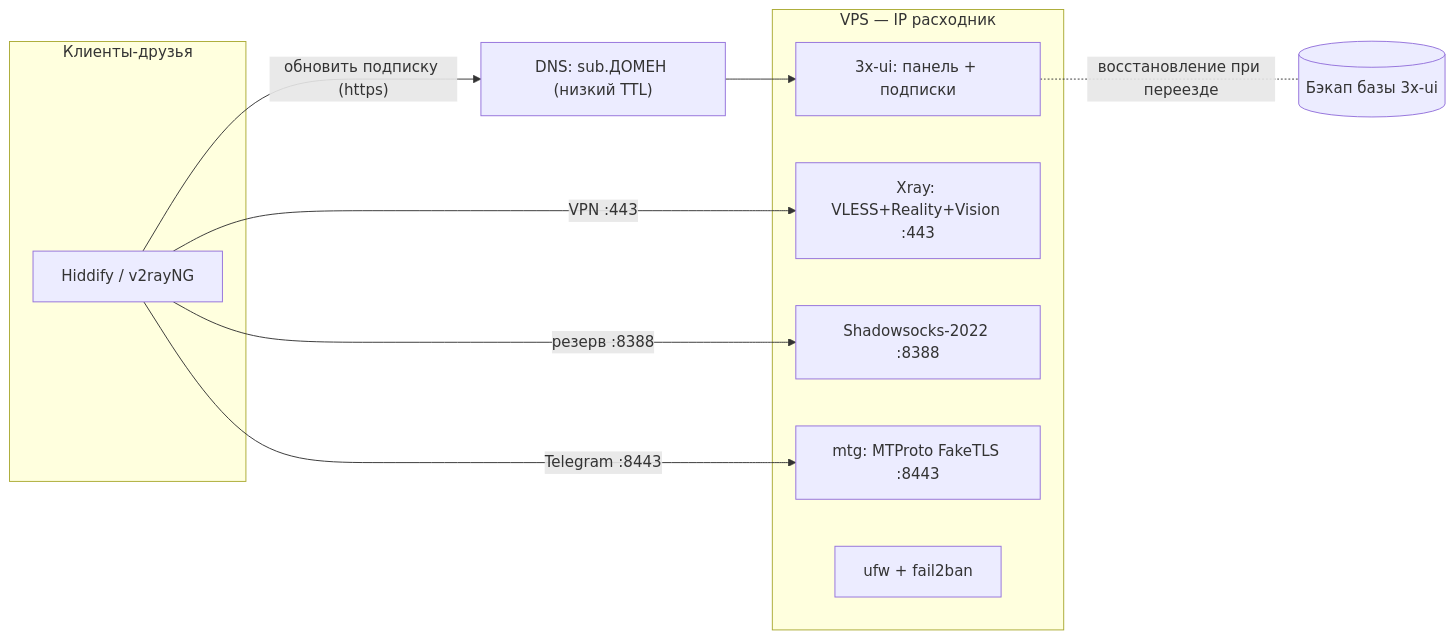
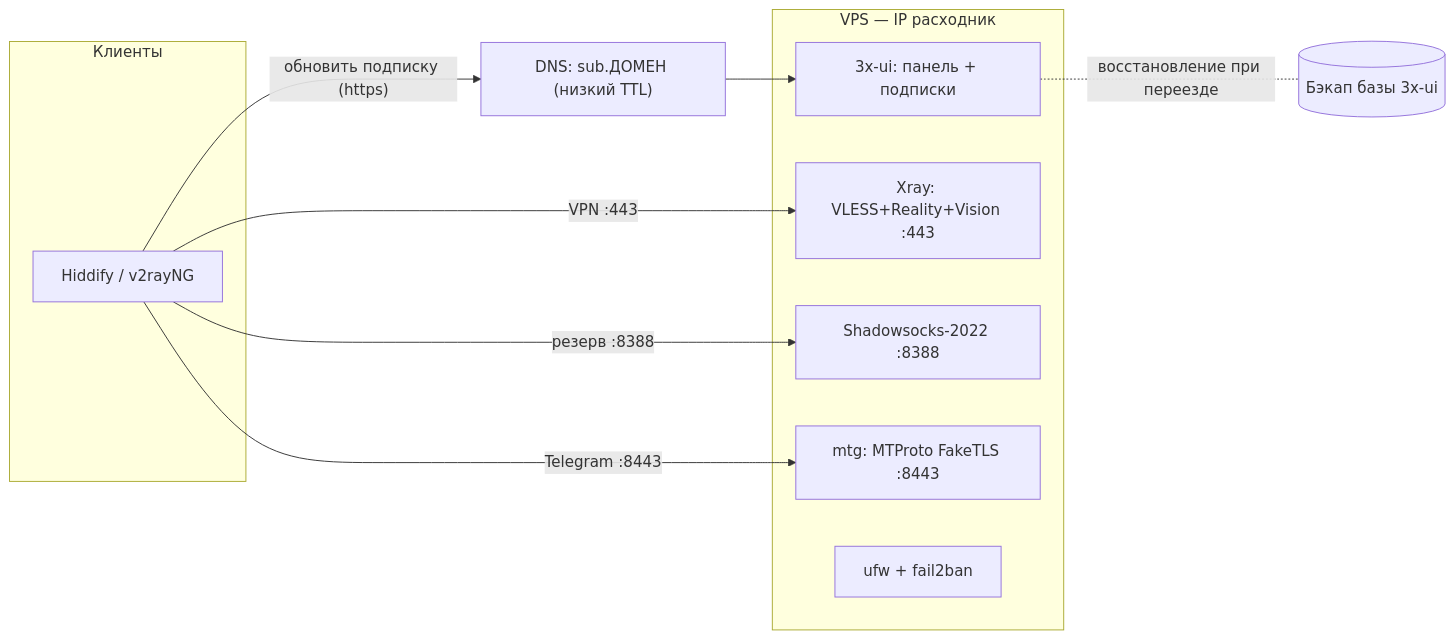
Before and after one commit to duckduckduck1/Mirage: the diagram in docs/architecture.md, drawn with Mermaid. The commit also changed other lines of this file and 15 other files, not shown here.

````diff
--- a/docs/architecture.md
+++ b/docs/architecture.md
@@ -143,24 +144,24 @@
 ```mermaid
 flowchart LR
-    subgraph C["Клиенты-друзья"]
+    subgraph C["Клиенты"]
         app["Hiddify / v2rayNG"]
     end
 
     dns["DNS: sub.ДОМЕН (низкий TTL)"]
 
     subgraph V["VPS — IP расходник"]
         panel["3x-ui: панель + подписки"]
         xray["Xray: VLESS+Reality+Vision :443"]
         ss["Shadowsocks-2022 :8388"]
         mtg["mtg: MTProto FakeTLS :8443"]
         fw["ufw + fail2ban"]
     end
 
     backup[("Бэкап базы 3x-ui")]
 
     app -- "обновить подписку (https)" --> dns --> panel
     app -- "VPN :443" --> xray
     app -- "резерв :8388" --> ss
     app -- "Telegram :8443" --> mtg
     panel -. "восстановление при переезде" .- backup
 ```
````
